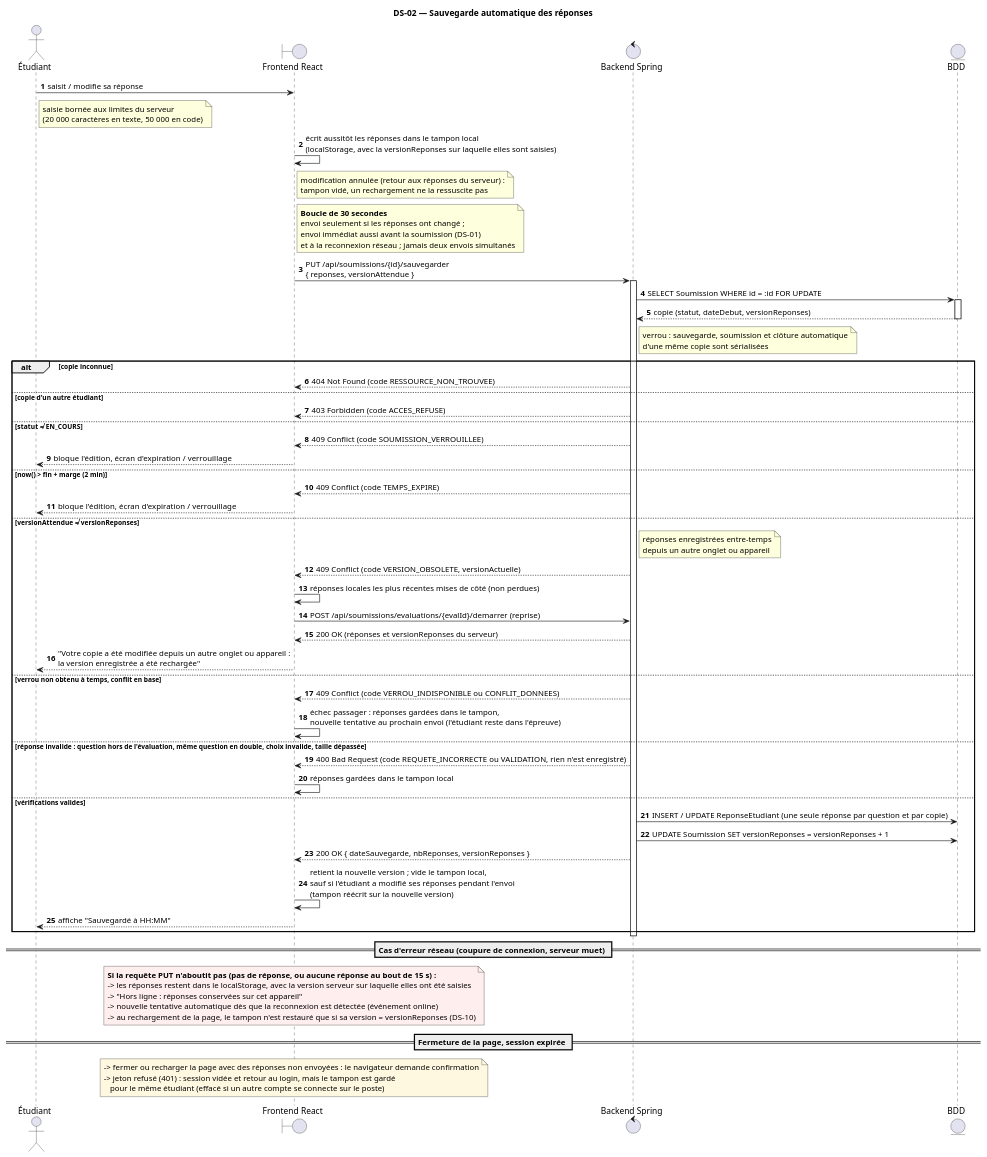
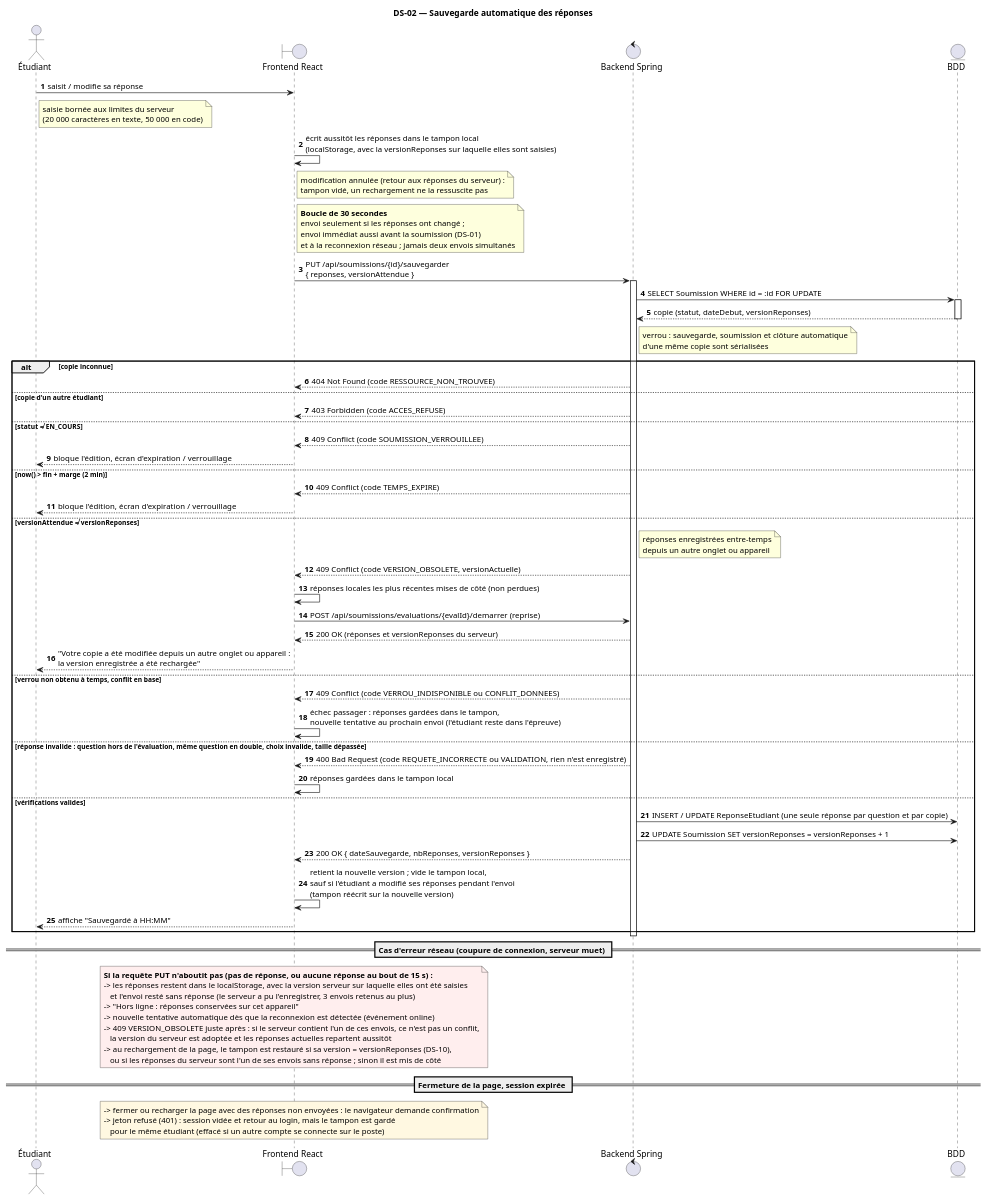
Before and after one commit to MorLeye75/eval-platform: the diagram in docs/diagrammes-sequence/DS-02-sauvegarde-auto.puml, drawn with PlantUML. The commit also changed 6 other files, not shown here.

First line of the commit message:
fix(passation): reponses tapees apres un envoi perdu restaurees au rechargement

```diff
--- a/docs/diagrammes-sequence/DS-02-sauvegarde-auto.puml
+++ b/docs/diagrammes-sequence/DS-02-sauvegarde-auto.puml
@@ -1,66 +1,70 @@
 @startuml DS-02_sauvegarde_auto
 title DS-02 — Sauvegarde automatique des réponses
 autonumber
 actor "Étudiant" as E
 boundary "Frontend React" as F
 control "Backend Spring" as B
 entity "BDD" as D
 
 E -> F : saisit / modifie sa réponse
 note right of E : saisie bornée aux limites du serveur\n(20 000 caractères en texte, 50 000 en code)
 F -> F : écrit aussitôt les réponses dans le tampon local\n(localStorage, avec la versionReponses sur laquelle elles sont saisies)
 note right of F : modification annulée (retour aux réponses du serveur) :\ntampon vidé, un rechargement ne la ressuscite pas
 note right of F : **Boucle de 30 secondes**\nenvoi seulement si les réponses ont changé ;\nenvoi immédiat aussi avant la soumission (DS-01)\net à la reconnexion réseau ; jamais deux envois simultanés
 F -> B ++ : PUT /api/soumissions/{id}/sauvegarder\n{ reponses, versionAttendue }
 B -> D ++ : SELECT Soumission WHERE id = :id FOR UPDATE
 D --> B -- : copie (statut, dateDebut, versionReponses)
 note right of B : verrou : sauvegarde, soumission et clôture automatique\nd'une même copie sont sérialisées
 
 alt copie inconnue
   B --> F : 404 Not Found (code RESSOURCE_NON_TROUVEE)
 else copie d'un autre étudiant
   B --> F : 403 Forbidden (code ACCES_REFUSE)
 else statut ≠ EN_COURS
   B --> F : 409 Conflict (code SOUMISSION_VERROUILLEE)
   F --> E : bloque l'édition, écran d'expiration / verrouillage
 else now() > fin + marge (2 min)
   B --> F : 409 Conflict (code TEMPS_EXPIRE)
   F --> E : bloque l'édition, écran d'expiration / verrouillage
 else versionAttendue ≠ versionReponses
   note right of B : réponses enregistrées entre-temps\ndepuis un autre onglet ou appareil
   B --> F : 409 Conflict (code VERSION_OBSOLETE, versionActuelle)
   F -> F : réponses locales les plus récentes mises de côté (non perdues)
   F -> B : POST /api/soumissions/evaluations/{evalId}/demarrer (reprise)
   B --> F : 200 OK (réponses et versionReponses du serveur)
   F --> E : "Votre copie a été modifiée depuis un autre onglet ou appareil :\nla version enregistrée a été rechargée"
 else verrou non obtenu à temps, conflit en base
   B --> F : 409 Conflict (code VERROU_INDISPONIBLE ou CONFLIT_DONNEES)
   F -> F : échec passager : réponses gardées dans le tampon,\nnouvelle tentative au prochain envoi (l'étudiant reste dans l'épreuve)
 else réponse invalide : question hors de l'évaluation, même question en double, choix invalide, taille dépassée
   B --> F : 400 Bad Request (code REQUETE_INCORRECTE ou VALIDATION, rien n'est enregistré)
   F -> F : réponses gardées dans le tampon local
 else vérifications valides
   B -> D : INSERT / UPDATE ReponseEtudiant (une seule réponse par question et par copie)
   B -> D : UPDATE Soumission SET versionReponses = versionReponses + 1
   B --> F : 200 OK { dateSauvegarde, nbReponses, versionReponses }
   F -> F : retient la nouvelle version ; vide le tampon local,\nsauf si l'étudiant a modifié ses réponses pendant l'envoi\n(tampon réécrit sur la nouvelle version)
   F --> E : affiche "Sauvegardé à HH:MM"
 end
 deactivate B
 
 == Cas d'erreur réseau (coupure de connexion, serveur muet) ==
 note over F #FFEEEE
   **Si la requête PUT n'aboutit pas (pas de réponse, ou aucune réponse au bout de 15 s) :**
   -> les réponses restent dans le localStorage, avec la version serveur sur laquelle elles ont été saisies
+     et l'envoi resté sans réponse (le serveur a pu l'enregistrer, 3 envois retenus au plus)
   -> "Hors ligne : réponses conservées sur cet appareil"
   -> nouvelle tentative automatique dès que la reconnexion est détectée (événement online)
-  -> au rechargement de la page, le tampon n'est restauré que si sa version = versionReponses (DS-10)
+  -> 409 VERSION_OBSOLETE juste après : si le serveur contient l'un de ces envois, ce n'est pas un conflit,
+     la version du serveur est adoptée et les réponses actuelles repartent aussitôt
+  -> au rechargement de la page, le tampon est restauré si sa version = versionReponses (DS-10),
+     ou si les réponses du serveur sont l'un de ses envois sans réponse ; sinon il est mis de côté
 end note
 
 == Fermeture de la page, session expirée ==
 note over F #FFF8E1
   -> fermer ou recharger la page avec des réponses non envoyées : le navigateur demande confirmation
   -> jeton refusé (401) : session vidée et retour au login, mais le tampon est gardé
      pour le même étudiant (effacé si un autre compte se connecte sur le poste)
 end note
 @enduml
```
